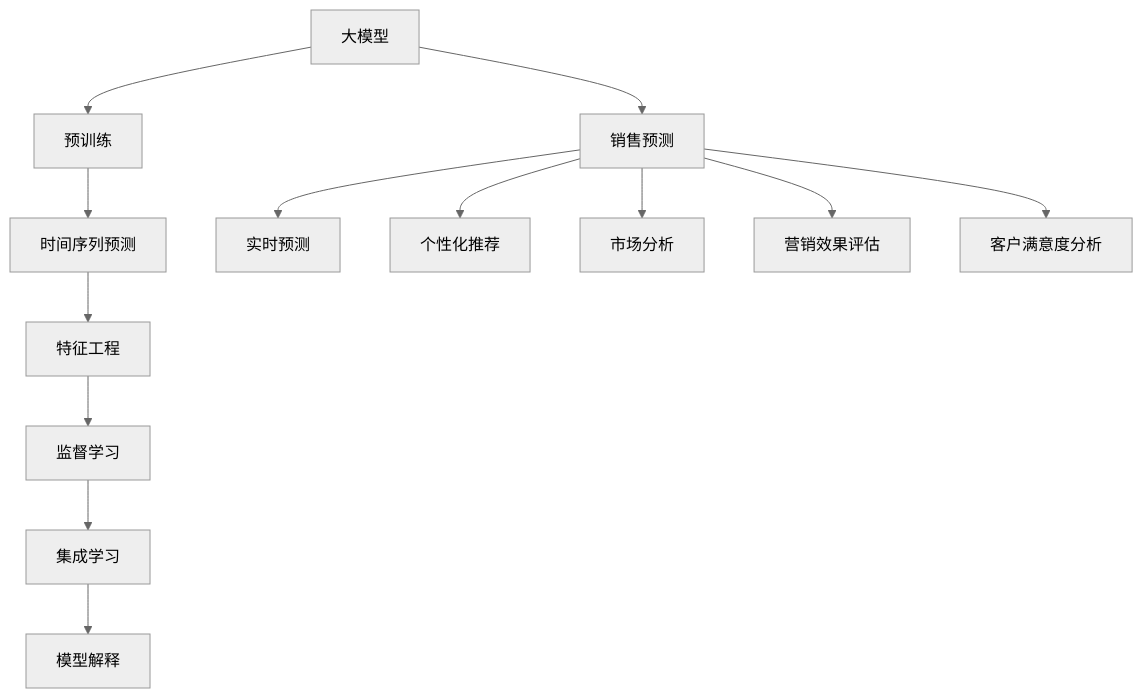
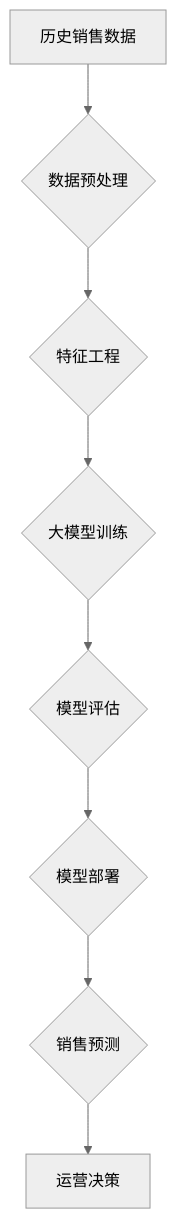
One commit to AIGeniusInstitute/pycnblog changed the diagram in ai/373/大模型在电商平台销售预测中的应用.md. Above: the diagram before and after it, drawn with Mermaid (neutral theme). The commit also changed other lines of this file and 45677 other files, not shown here.

````diff
--- a/ai/373/大模型在电商平台销售预测中的应用.md
+++ b/ai/373/大模型在电商平台销售预测中的应用.md
@@ -66,15 +29,10 @@
 ```mermaid
-graph TB
-    A[大模型] --> B[预训练]
-    B --> C[时间序列预测]
-    C --> D[特征工程]
-    D --> E[监督学习]
-    E --> F[集成学习]
-    F --> G[模型解释]
-    A --> H[销售预测]
-    H --> I[实时预测]
-    H --> J[个性化推荐]
-    H --> K[市场分析]
-    H --> L[营销效果评估]
-    H --> M[客户满意度分析]
+graph TD
+    A[历史销售数据] --> B{数据预处理}
+    B --> C{特征工程}
+    C --> D{大模型训练}
+    D --> E{模型评估}
+    E --> F{模型部署}
+    F --> G{销售预测}
+    G --> H[运营决策]
 ```
````
